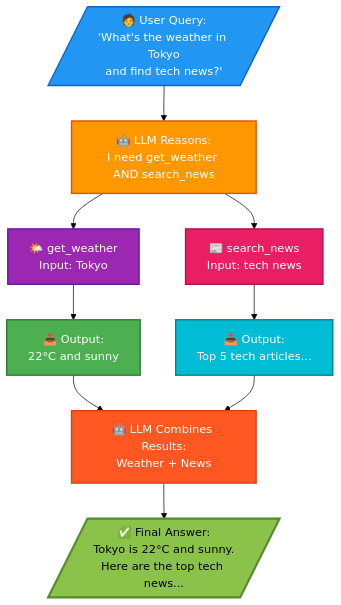
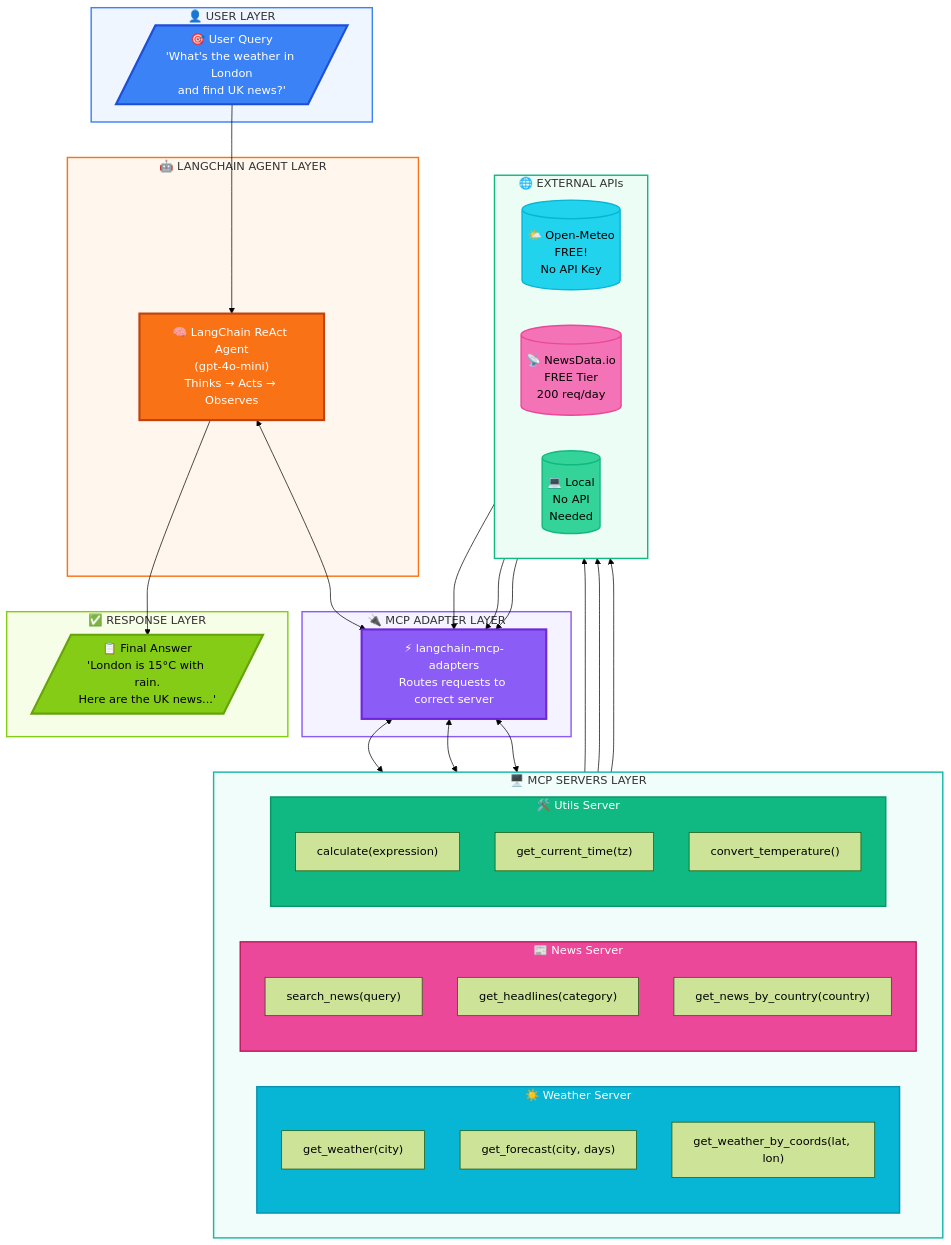
The diagram in langChain_MCP/README.md (premkumarkora/LangChain), drawn with Mermaid (forest theme) before and after one commit. The commit also changed other lines of this file, not shown here.

Commit message:
md update

````diff
--- a/langChain_MCP/README.md
+++ b/langChain_MCP/README.md
@@ -293,29 +293,74 @@
 ```mermaid
-flowchart TD
-    A[/"🧑 User Query:<br/>'What's the weather in Tokyo<br/>and find tech news?'"/]
-    B["🤖 LLM Reasons:<br/>I need get_weather AND search_news"]
-    C["🌤️ get_weather<br/>Input: Tokyo"]
-    D["📰 search_news<br/>Input: tech news"]
-    E["📤 Output:<br/>22°C and sunny"]
-    F["📤 Output:<br/>Top 5 tech articles..."]
-    G["🤖 LLM Combines Results:<br/>Weather + News"]
-    H[/"✅ Final Answer:<br/>Tokyo is 22°C and sunny.<br/>Here are the top tech news..."/]
+flowchart TB
+    subgraph USER["👤 USER LAYER"]
+        Q[/"🎯 User Query<br/>'What's the weather in London<br/>and find UK news?'"/]
+    end
 
-    A --> B
-    B --> C
-    B --> D
-    C --> E
-    D --> F
-    E --> G
-    F --> G
-    G --> H
+    subgraph AGENT["🤖 LANGCHAIN AGENT LAYER"]
+        LLM["🧠 LangChain ReAct Agent<br/>(gpt-4o-mini)<br/>Thinks → Acts → Observes"]
+    end
 
-    style A fill:#2196F3,color:#fff,stroke:#1565C0,stroke-width:2px
-    style B fill:#FF9800,color:#fff,stroke:#E65100,stroke-width:2px
-    style C fill:#9C27B0,color:#fff,stroke:#6A1B9A,stroke-width:2px
-    style D fill:#E91E63,color:#fff,stroke:#AD1457,stroke-width:2px
-    style E fill:#4CAF50,color:#fff,stroke:#2E7D32,stroke-width:2px
-    style F fill:#00BCD4,color:#fff,stroke:#00838F,stroke-width:2px
-    style G fill:#FF5722,color:#fff,stroke:#D84315,stroke-width:2px
-    style H fill:#8BC34A,color:#000,stroke:#558B2F,stroke-width:3px
+    subgraph ADAPTER["🔌 MCP ADAPTER LAYER"]
+        MCP["⚡ langchain-mcp-adapters<br/>Routes requests to correct server"]
+    end
+
+    subgraph SERVERS["🖥️ MCP SERVERS LAYER"]
+        direction LR
+        subgraph WS["☀️ Weather Server"]
+            W1["get_weather(city)"]
+            W2["get_forecast(city, days)"]
+            W3["get_weather_by_coords(lat, lon)"]
+        end
+        subgraph NS["📰 News Server"]
+            N1["search_news(query)"]
+            N2["get_headlines(category)"]
+            N3["get_news_by_country(country)"]
+        end
+        subgraph US["🛠️ Utils Server"]
+            U1["calculate(expression)"]
+            U2["get_current_time(tz)"]
+            U3["convert_temperature()"]
+        end
+    end
+
+    subgraph APIS["🌐 EXTERNAL APIs"]
+        direction LR
+        API1[("🌤️ Open-Meteo<br/>FREE!<br/>No API Key")]
+        API2[("📡 NewsData.io<br/>FREE Tier<br/>200 req/day")]
+        API3[("💻 Local<br/>No API<br/>Needed")]
+    end
+
+    subgraph RESPONSE["✅ RESPONSE LAYER"]
+        R[/"📋 Final Answer<br/>'London is 15°C with rain.<br/>Here are the UK news...'"/]
+    end
+
+    Q --> LLM
+    LLM <--> MCP
+    MCP <--> WS
+    MCP <--> NS
+    MCP <--> US
+    WS --> API1
+    NS --> API2
+    US --> API3
+    API1 --> MCP
+    API2 --> MCP
+    API3 --> MCP
+    LLM --> R
+
+    style Q fill:#3B82F6,color:#fff,stroke:#1D4ED8,stroke-width:3px
+    style LLM fill:#F97316,color:#fff,stroke:#C2410C,stroke-width:3px
+    style MCP fill:#8B5CF6,color:#fff,stroke:#6D28D9,stroke-width:3px
+    style WS fill:#06B6D4,color:#fff,stroke:#0891B2,stroke-width:2px
+    style NS fill:#EC4899,color:#fff,stroke:#BE185D,stroke-width:2px
+    style US fill:#10B981,color:#fff,stroke:#059669,stroke-width:2px
+    style API1 fill:#22D3EE,color:#000,stroke:#06B6D4,stroke-width:2px
+    style API2 fill:#F472B6,color:#000,stroke:#EC4899,stroke-width:2px
+    style API3 fill:#34D399,color:#000,stroke:#10B981,stroke-width:2px
+    style R fill:#84CC16,color:#000,stroke:#65A30D,stroke-width:3px
+    style USER fill:#EFF6FF,stroke:#3B82F6,stroke-width:2px
+    style AGENT fill:#FFF7ED,stroke:#F97316,stroke-width:2px
+    style ADAPTER fill:#F5F3FF,stroke:#8B5CF6,stroke-width:2px
+    style SERVERS fill:#F0FDFA,stroke:#14B8A6,stroke-width:2px
+    style APIS fill:#ECFDF5,stroke:#10B981,stroke-width:2px
+    style RESPONSE fill:#F7FEE7,stroke:#84CC16,stroke-width:2px
 ```
````
